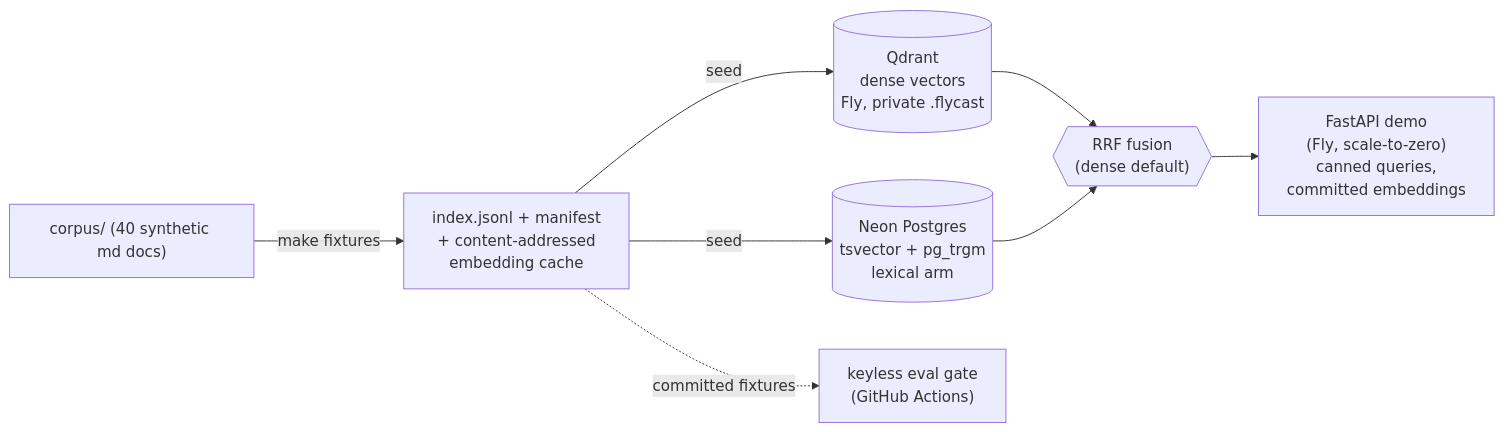
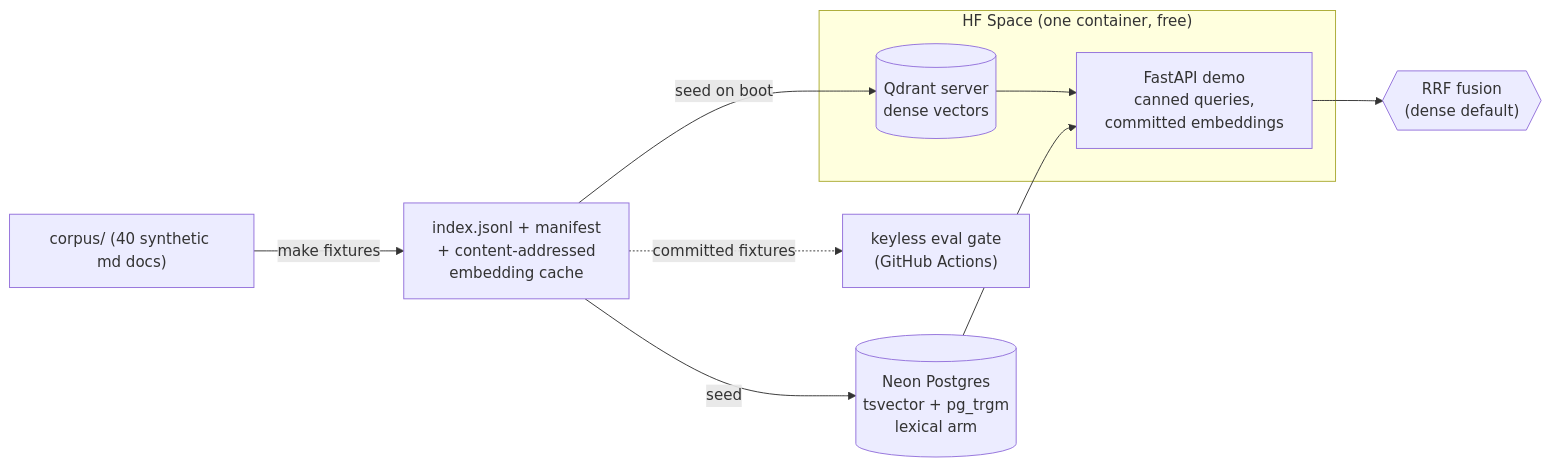
One commit to Aquinas-Protocol/vault-rag-eval changed the diagram in README.md. Above: the diagram before and after it, drawn with Mermaid. The commit also changed other lines of this file and 2 other files, not shown here.

First line of the commit message:
Slice 4 LIVE: free Hugging Face Space deployed + verified; docs updated

````diff
--- a/README.md
+++ b/README.md
@@ -38,10 +46,14 @@
 ```mermaid
 flowchart LR
   corpus["corpus/ (40 synthetic md docs)"] -->|make fixtures| idx["index.jsonl + manifest<br/>+ content-addressed<br/>embedding cache"]
-  idx -->|seed| qd[("Qdrant<br/>dense vectors<br/>Fly, private .flycast")]
   idx -->|seed| pg[("Neon Postgres<br/>tsvector + pg_trgm<br/>lexical arm")]
-  qd --> rrf{{"RRF fusion<br/>(dense default)"}}
-  pg --> rrf
-  rrf --> api["FastAPI demo<br/>(Fly, scale-to-zero)<br/>canned queries,<br/>committed embeddings"]
+  subgraph space["HF Space (one container, free)"]
+    qd[("Qdrant server<br/>dense vectors")]
+    api["FastAPI demo<br/>canned queries,<br/>committed embeddings"]
+    qd --> api
+  end
+  idx -->|seed on boot| qd
+  pg --> api
+  api --> rrf{{"RRF fusion<br/>(dense default)"}}
   idx -.committed fixtures.-> gate["keyless eval gate<br/>(GitHub Actions)"]
 ```
````
